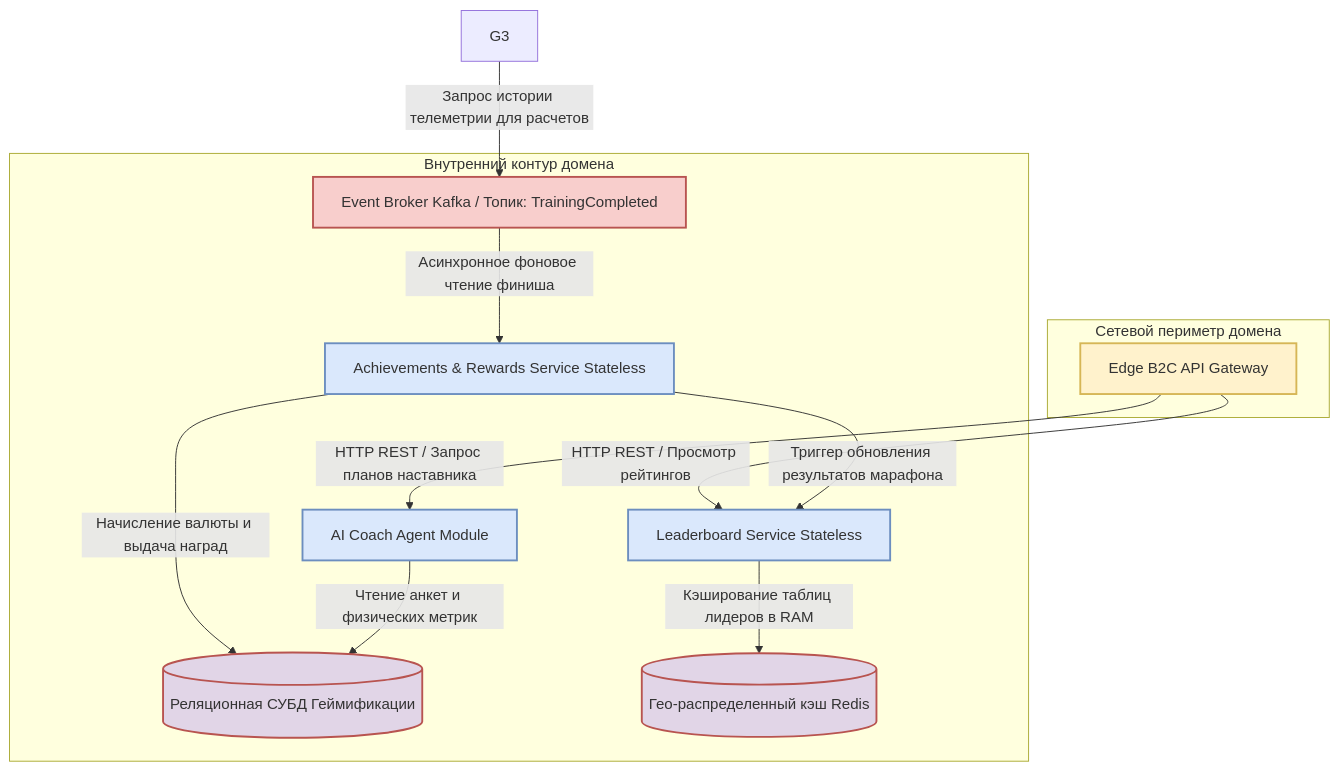
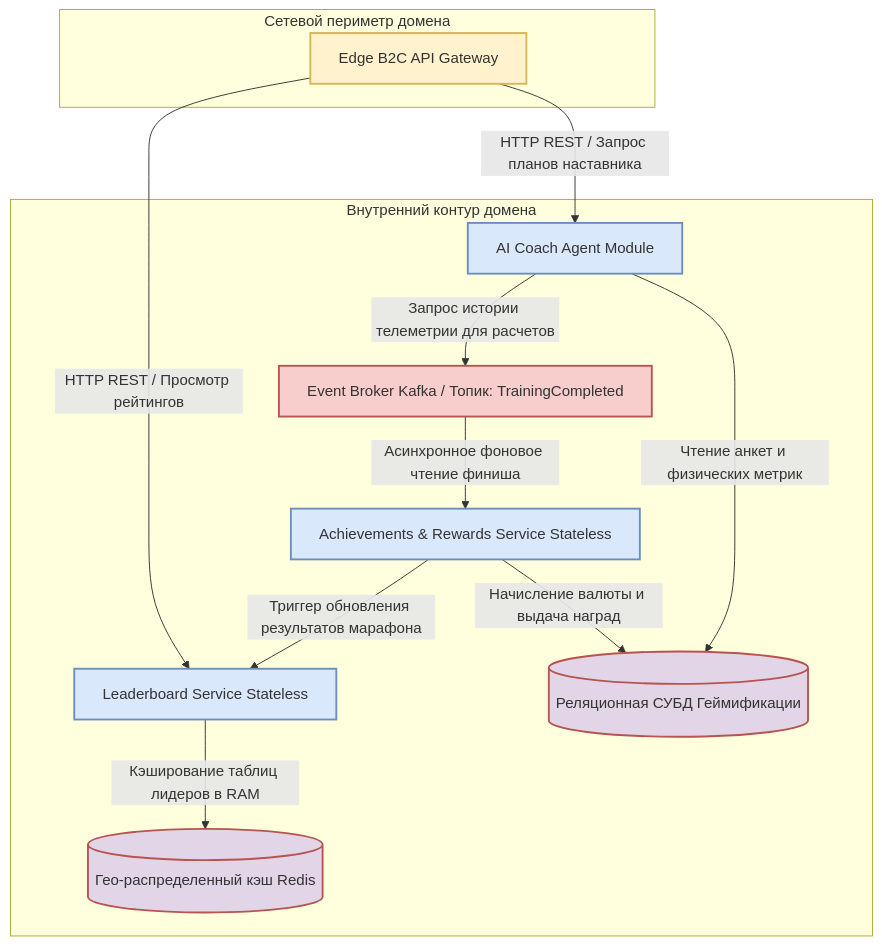
The third of 5 diagrams in stage-2-planning/13-component-architecture.md (Maksim-Burning-Inside/Sports-app-architecture), drawn with Mermaid before and after one commit.

````diff
--- a/stage-2-planning/13-component-architecture.md
+++ b/stage-2-planning/13-component-architecture.md
@@ -140,34 +140,34 @@
 ```mermaid
 %%{init: {"flowchart": {"htmlLabels": true, "wrappingWidth": 500}, "themeCSS": ".edgeLabel foreignObject { overflow: visible; !important } .edgeLabel span { white-space: normal; !important; display: block; max-width: 500px; }"}}%%
 graph TD
     %% Описание стилей для красивого отображения
     classDef perimeter fill:#fff2cc,stroke:#d6b656,stroke-width:2px;
     classDef internal fill:#dae8fc,stroke:#6c8ebf,stroke-width:2px;
     classDef db fill:#e1d5e7,stroke:#b85450,stroke-width:2px;
     classDef queue fill:#f8cecc,stroke:#b85450,stroke-width:2px;
 
     subgraph Сетевой периметр домена
         B1[Edge B2C API Gateway]:::perimeter
     end
 
     subgraph Внутренний контур домена
         C1[Leaderboard Service Stateless]:::internal
         C2[Achievements & Rewards Service Stateless]:::internal
         C3[AI Coach Agent Module]:::internal
         D1[Event Broker Kafka / Топик: TrainingCompleted]:::queue
         F1[(Реляционная СУБД Геймификации)]:::db
         F2[(Гео-распределенный кэш Redis)]:::db
     end
 
     %% Взаимодействие компонентов и движение трафика
     B1 -->|HTTP REST / Запрос планов наставника| C3
     B1 -->|HTTP REST / Просмотр рейтингов| C1
     D1 -->|Асинхронное фоновое чтение финиша| C2
     C2 -->|Начисление валюты и выдача наград| F1
     C2 -->|Триггер обновления результатов марафона| C1
     C1 -->|Кэширование таблиц лидеров в RAM| F2
     C3 -->|Чтение анкет и физических метрик| F1
 
     %% Междоменное чтение исторических логов для ИИ-агента
-    G3 -->|Запрос истории телеметрии для расчетов| D1
+    C3 -->|Запрос истории телеметрии для расчетов| D1
 ```
````
